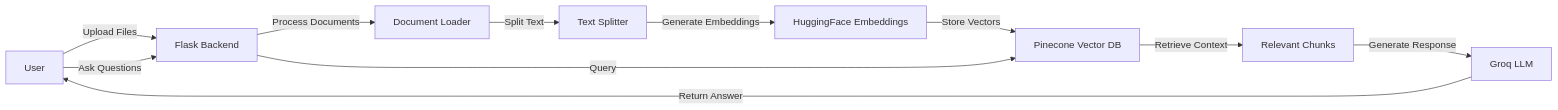
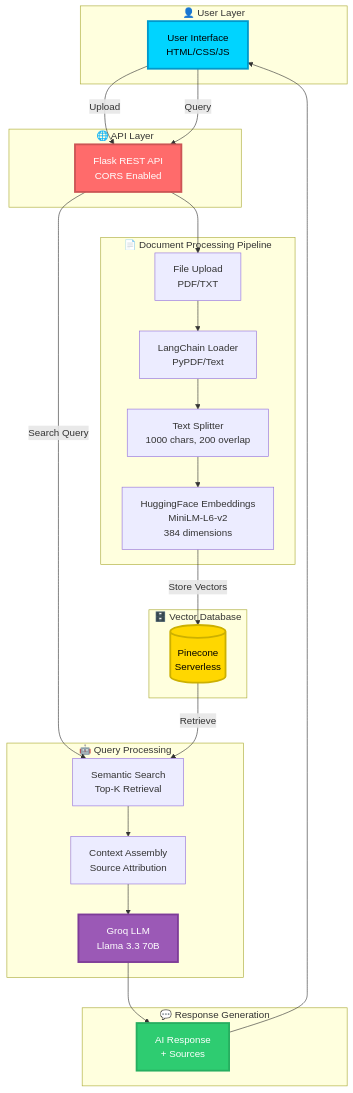
The second of 4 diagrams in README.md (ALLURIABISHEK/JARVIS_ASSISTANT), drawn with Mermaid before and after one commit. The commit also changed other lines of this file, not shown here.

````diff
--- a/README.md
+++ b/README.md
@@ -92,13 +126,52 @@
 ```mermaid
-graph LR
-    A[User] -->|Upload Files| B[Flask Backend]
-    A -->|Ask Questions| B
-    B -->|Process Documents| C[Document Loader]
-    C -->|Split Text| D[Text Splitter]
-    D -->|Generate Embeddings| E[HuggingFace Embeddings]
-    E -->|Store Vectors| F[Pinecone Vector DB]
-    B -->|Query| F
-    F -->|Retrieve Context| G[Relevant Chunks]
-    G -->|Generate Response| H[Groq LLM]
-    H -->|Return Answer| A
+graph TB
+    subgraph "👤 User Layer"
+        A[User Interface<br/>HTML/CSS/JS]
+    end
+    
+    subgraph "🌐 API Layer"
+        B[Flask REST API<br/>CORS Enabled]
+    end
+    
+    subgraph "📄 Document Processing Pipeline"
+        C[File Upload<br/>PDF/TXT]
+        D[LangChain Loader<br/>PyPDF/Text]
+        E[Text Splitter<br/>1000 chars, 200 overlap]
+        F[HuggingFace Embeddings<br/>MiniLM-L6-v2<br/>384 dimensions]
+    end
+    
+    subgraph "🗄️ Vector Database"
+        G[(Pinecone<br/>Serverless)]
+    end
+    
+    subgraph "🤖 Query Processing"
+        H[Semantic Search<br/>Top-K Retrieval]
+        I[Context Assembly<br/>Source Attribution]
+        J[Groq LLM<br/>Llama 3.3 70B]
+    end
+    
+    subgraph "💬 Response Generation"
+        K[AI Response<br/>+ Sources]
+    end
+    
+    A -->|Upload| B
+    A -->|Query| B
+    B --> C
+    C --> D
+    D --> E
+    E --> F
+    F -->|Store Vectors| G
+    
+    B -->|Search Query| H
+    G -->|Retrieve| H
+    H --> I
+    I --> J
+    J --> K
+    K --> A
+    
+    style A fill:#00D4FF,stroke:#0099CC,stroke-width:3px,color:#000
+    style B fill:#FF6B6B,stroke:#CC5555,stroke-width:3px,color:#fff
+    style G fill:#FFD700,stroke:#CCB000,stroke-width:3px,color:#000
+    style J fill:#9B59B6,stroke:#7D3C98,stroke-width:3px,color:#fff
+    style K fill:#2ECC71,stroke:#27AE60,stroke-width:3px,color:#fff
 ```
````
